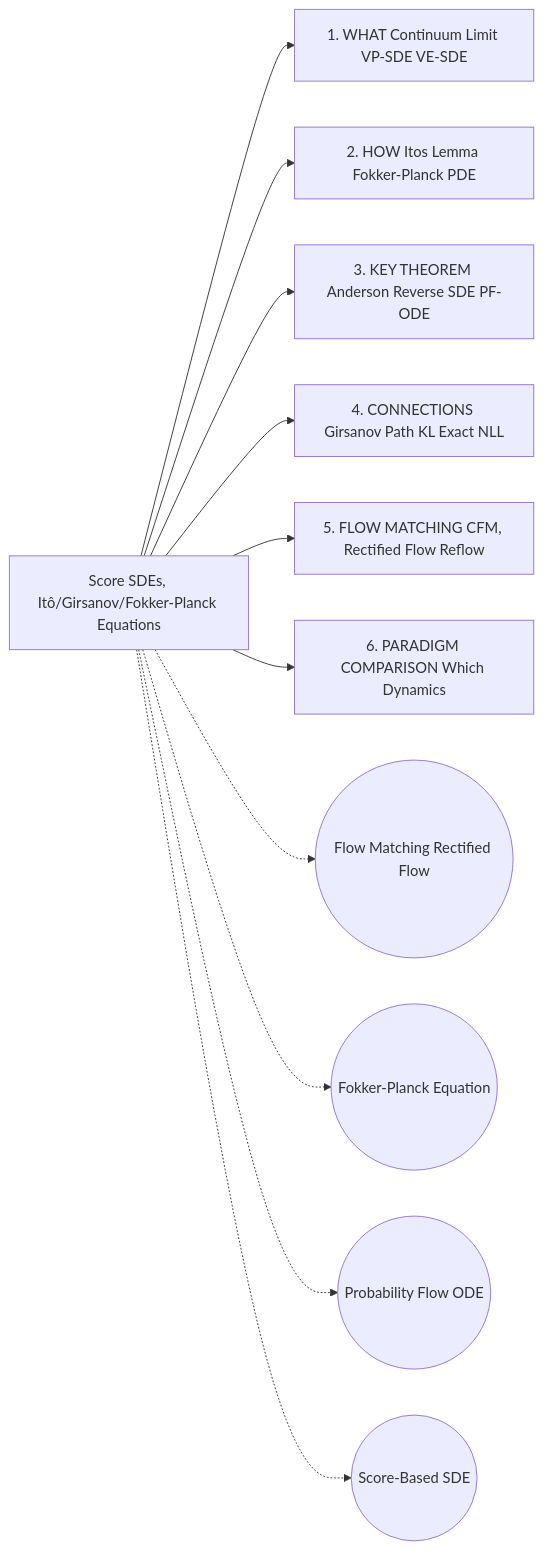
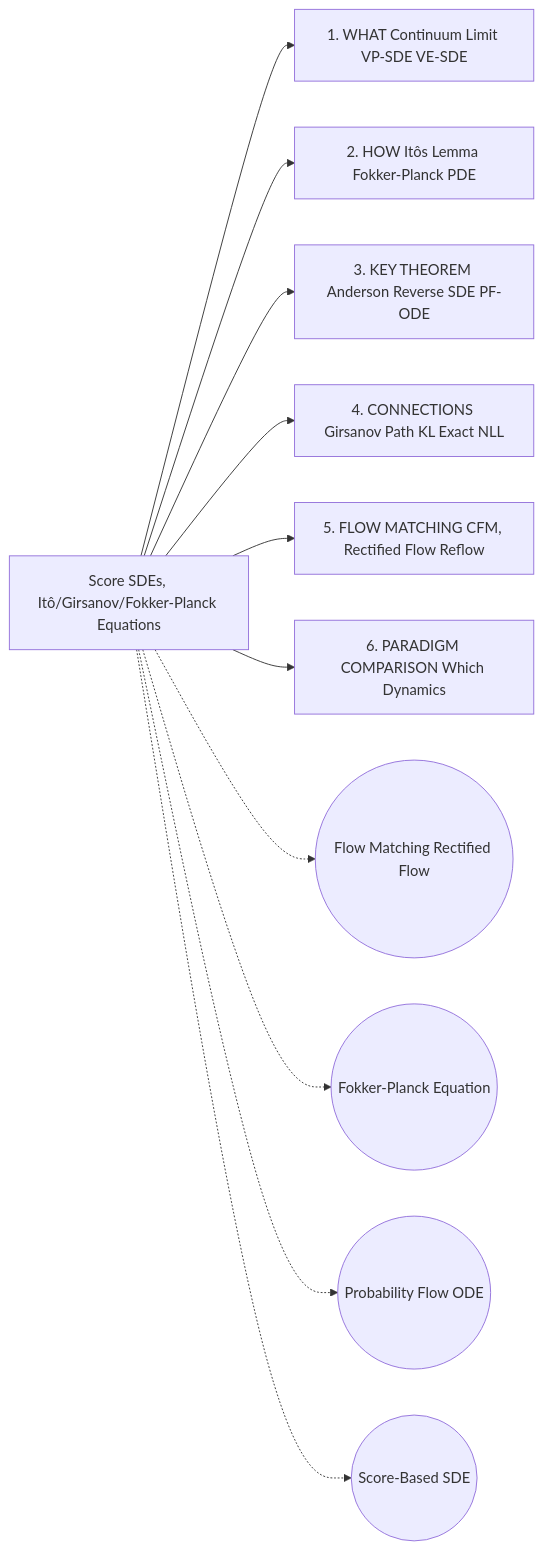
Before and after one commit to khang3004/DSnAI_SecondBrain_KnowledgeGraph: the diagram in obsidian_vault/04_Cheatsheets/Cheatsheet - Score SDEs, Itô - Girsanov - Fokker-Planck Equations & Flow Matching.md, drawn with Mermaid. The commit also changed other lines of this file and 56 other files, not shown here.

````diff
--- a/obsidian_vault/04_Cheatsheets/Cheatsheet - Score SDEs, Itô - Girsanov - Fokker-Planck Equations & Flow Matching.md
+++ b/obsidian_vault/04_Cheatsheets/Cheatsheet - Score SDEs, Itô - Girsanov - Fokker-Planck Equations & Flow Matching.md
@@ -30,24 +30,24 @@
 ```mermaid
 flowchart LR
   ROOT["Score SDEs, Itô/Girsanov/Fokker-Planck Equations"]
   B1["1. WHAT Continuum Limit VP-SDE VE-SDE"]
   ROOT --> B1
-  B2["2. HOW Itos Lemma Fokker-Planck PDE"]
+  B2["2. HOW Itôs Lemma Fokker-Planck PDE"]
   ROOT --> B2
   B3["3. KEY THEOREM Anderson Reverse SDE PF-ODE"]
   ROOT --> B3
   B4["4. CONNECTIONS Girsanov Path KL Exact NLL"]
   ROOT --> B4
   B5["5. FLOW MATCHING CFM, Rectified Flow Reflow"]
   ROOT --> B5
   B6["6. PARADIGM COMPARISON Which Dynamics"]
   ROOT --> B6
   C1(("Flow Matching Rectified Flow"))
   ROOT -.-> C1
   C2(("Fokker-Planck Equation"))
   ROOT -.-> C2
   C3(("Probability Flow ODE"))
   ROOT -.-> C3
   C4(("Score-Based SDE"))
   ROOT -.-> C4
 ```
````
